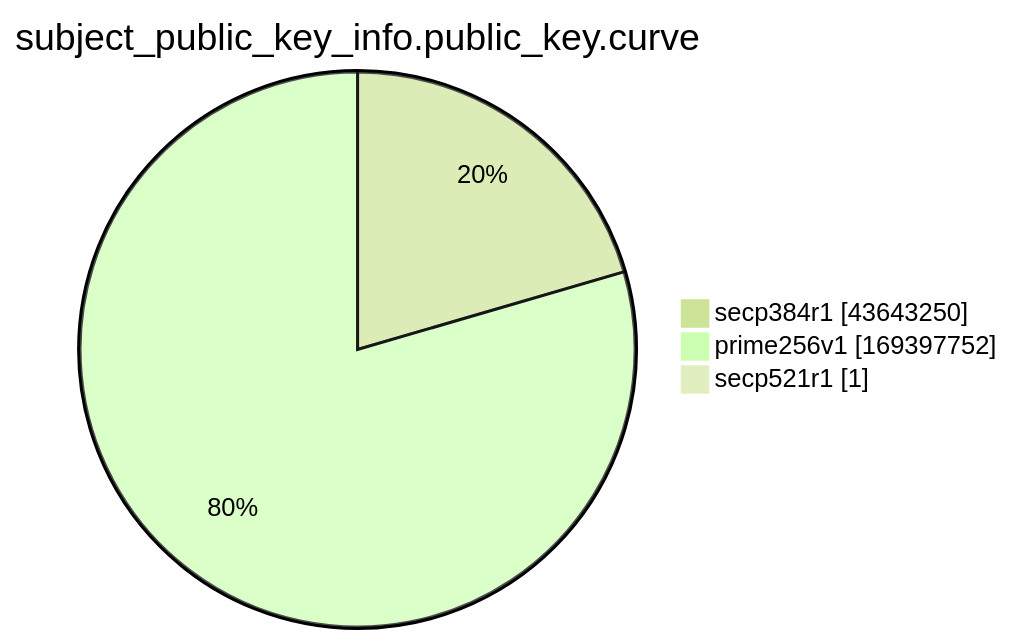
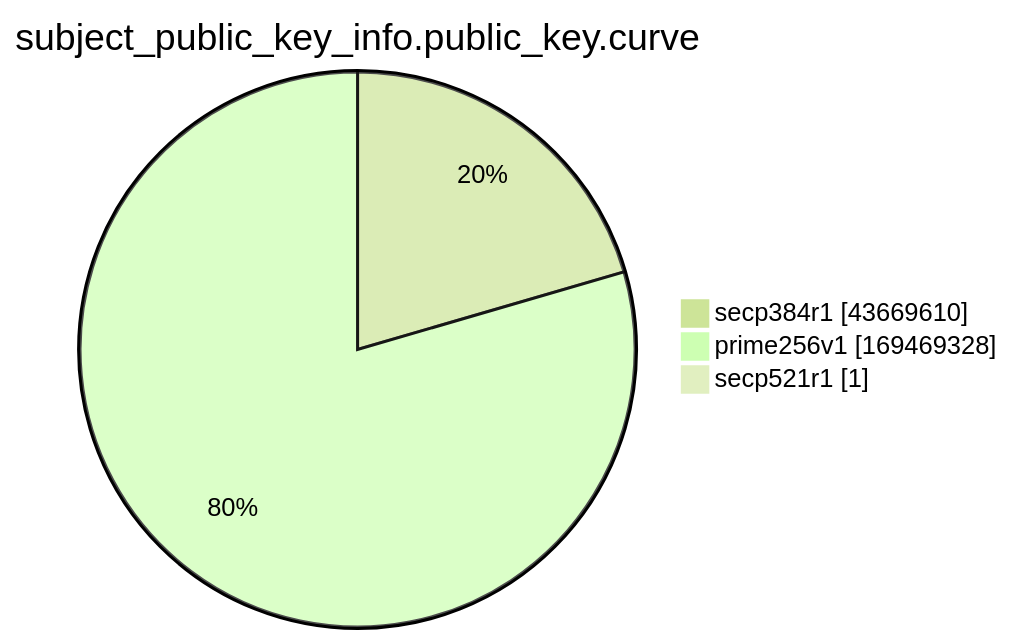
The ninth of 15 diagrams in xenon2022/README.md (christiankrug/ctmonitor_visualization), drawn with Mermaid (forest theme) before and after one commit. The commit also changed other lines of this file, not shown here.

````diff
--- a/xenon2022/README.md
+++ b/xenon2022/README.md
@@ -2870,7 +2871,7 @@
 ```mermaid
 pie showData
 title subject_public_key_info.public_key.curve
-"secp384r1" :43643250
-"prime256v1" :169397752
+"secp384r1" :43669610
+"prime256v1" :169469328
 "secp521r1" :1
 ```
````
